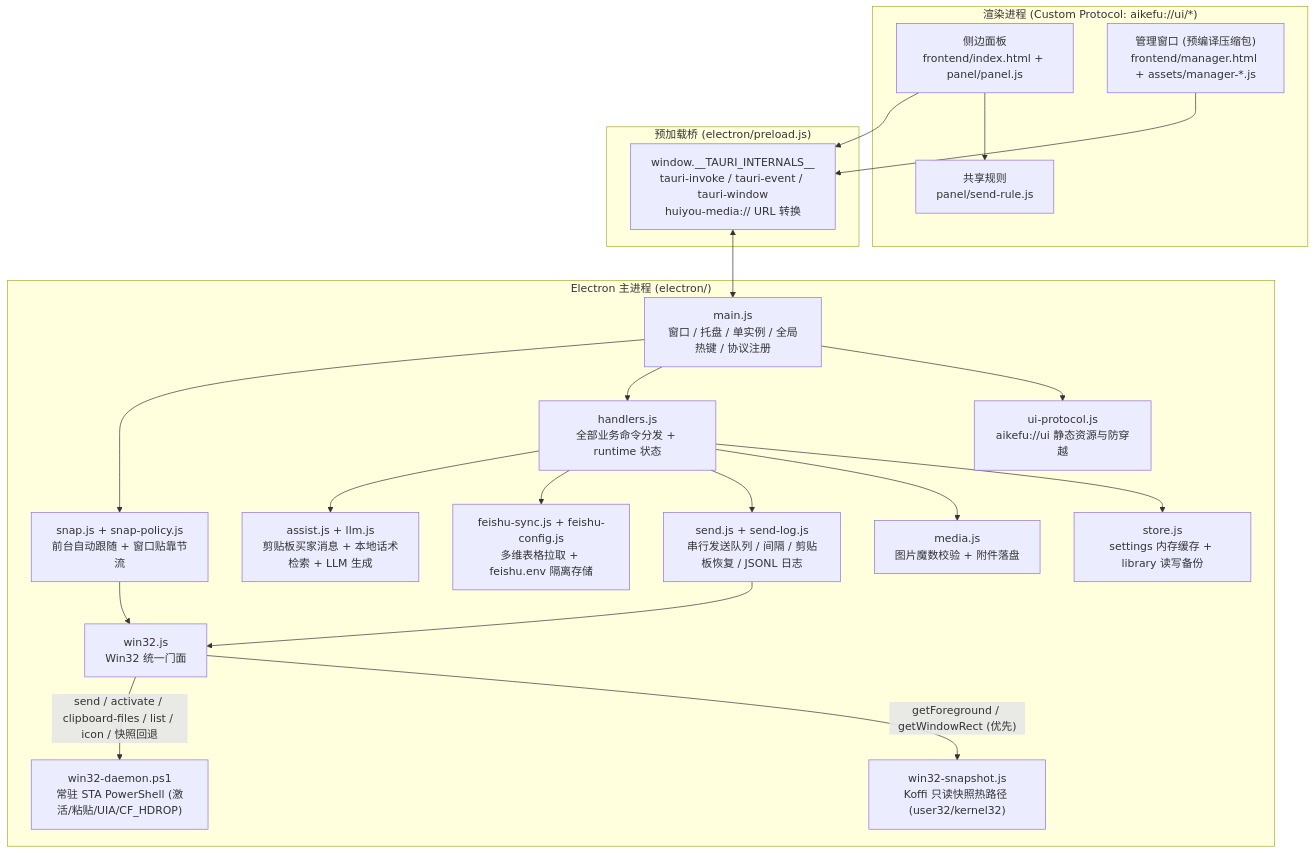
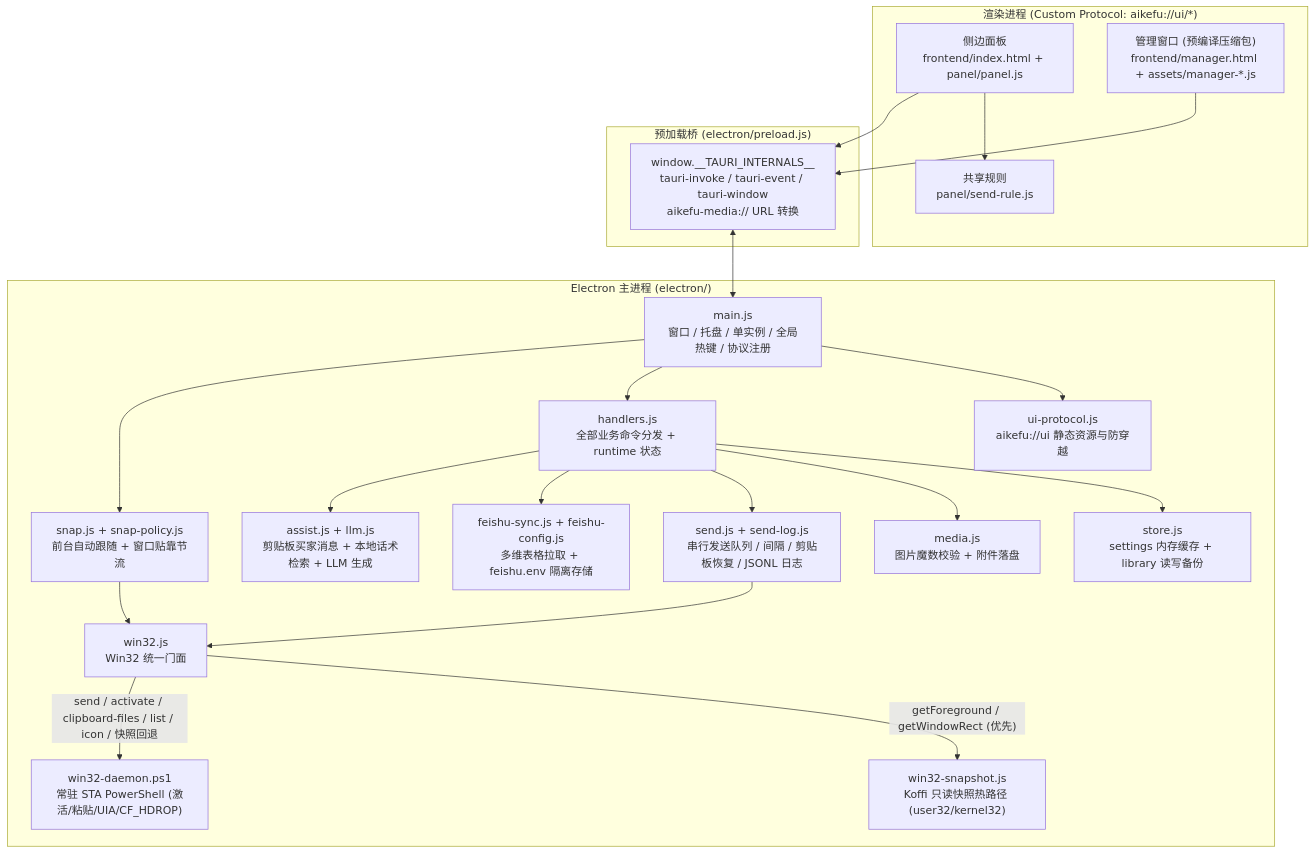
One commit to yexiu700/ai-kefu-panel changed the diagram in docs/architecture.md. Above: the diagram before and after it, drawn with Mermaid. The commit also changed other lines of this file and 27 other files, not shown here.

Commit message:
chore: remove huiyou branding and unify on aikefu/ai-kefu-panel

````diff
--- a/docs/architecture.md
+++ b/docs/architecture.md
@@ -18,44 +18,44 @@
 ```mermaid
 flowchart TB
   subgraph Renderer["渲染进程 (Custom Protocol: aikefu://ui/*)"]
     Panel["侧边面板<br/>frontend/index.html + panel/panel.js"]
     Manager["管理窗口 (预编译压缩包)<br/>frontend/manager.html + assets/manager-*.js"]
     SendRuleUI["共享规则<br/>panel/send-rule.js"]
     Panel --> SendRuleUI
   end
 
   subgraph Preload["预加载桥 (electron/preload.js)"]
-    TauriShim["window.__TAURI_INTERNALS__<br/>tauri-invoke / tauri-event / tauri-window<br/>huiyou-media:// URL 转换"]
+    TauriShim["window.__TAURI_INTERNALS__<br/>tauri-invoke / tauri-event / tauri-window<br/>aikefu-media:// URL 转换"]
   end
 
   subgraph Main["Electron 主进程 (electron/)"]
     MainEntry["main.js<br/>窗口 / 托盘 / 单实例 / 全局热键 / 协议注册"]
     UiProto["ui-protocol.js<br/>aikefu://ui 静态资源与防穿越"]
     Handlers["handlers.js<br/>全部业务命令分发 + runtime 状态"]
     Store["store.js<br/>settings 内存缓存 + library 读写备份"]
     Media["media.js<br/>图片魔数校验 + 附件落盘"]
     Send["send.js + send-log.js<br/>串行发送队列 / 间隔 / 剪贴板恢复 / JSONL 日志"]
     Snap["snap.js + snap-policy.js<br/>前台自动跟随 + 窗口贴靠节流"]
     Feishu["feishu-sync.js + feishu-config.js<br/>多维表格拉取 + feishu.env 隔离存储"]
     Assist["assist.js + llm.js<br/>剪贴板买家消息 + 本地话术检索 + LLM 生成"]
     Win32["win32.js<br/>Win32 统一门面"]
     Koffi["win32-snapshot.js<br/>Koffi 只读快照热路径 (user32/kernel32)"]
     Daemon["win32-daemon.ps1<br/>常驻 STA PowerShell (激活/粘贴/UIA/CF_HDROP)"]
   end
 
   Panel --> TauriShim
   Manager --> TauriShim
   TauriShim <--> MainEntry
   MainEntry --> UiProto
   MainEntry --> Handlers
   MainEntry --> Snap
   Handlers --> Store
   Handlers --> Media
   Handlers --> Send
   Handlers --> Feishu
   Handlers --> Assist
   Snap --> Win32
   Send --> Win32
   Win32 -->|"getForeground / getWindowRect (优先)"| Koffi
   Win32 -->|"send / activate / clipboard-files / list / icon / 快照回退"| Daemon
 ```
````
